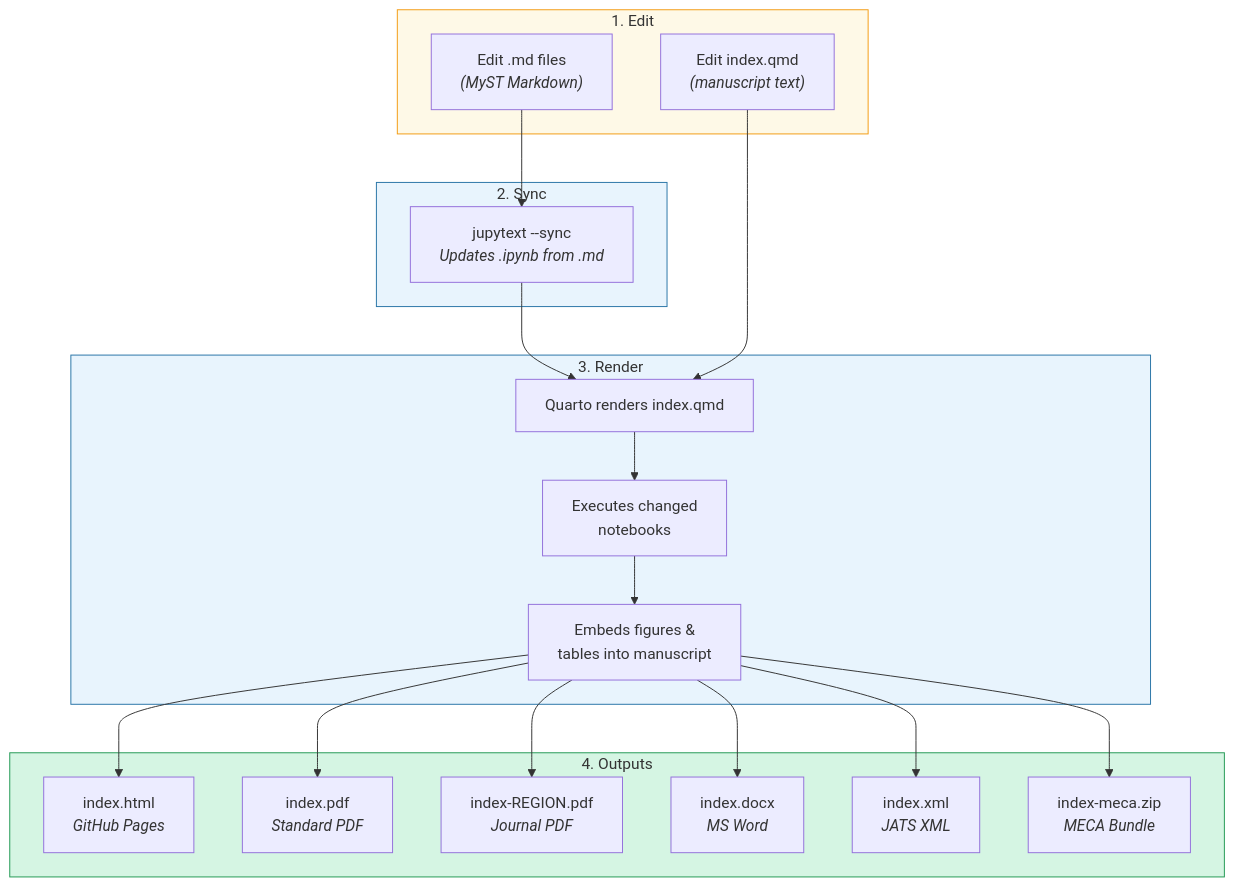
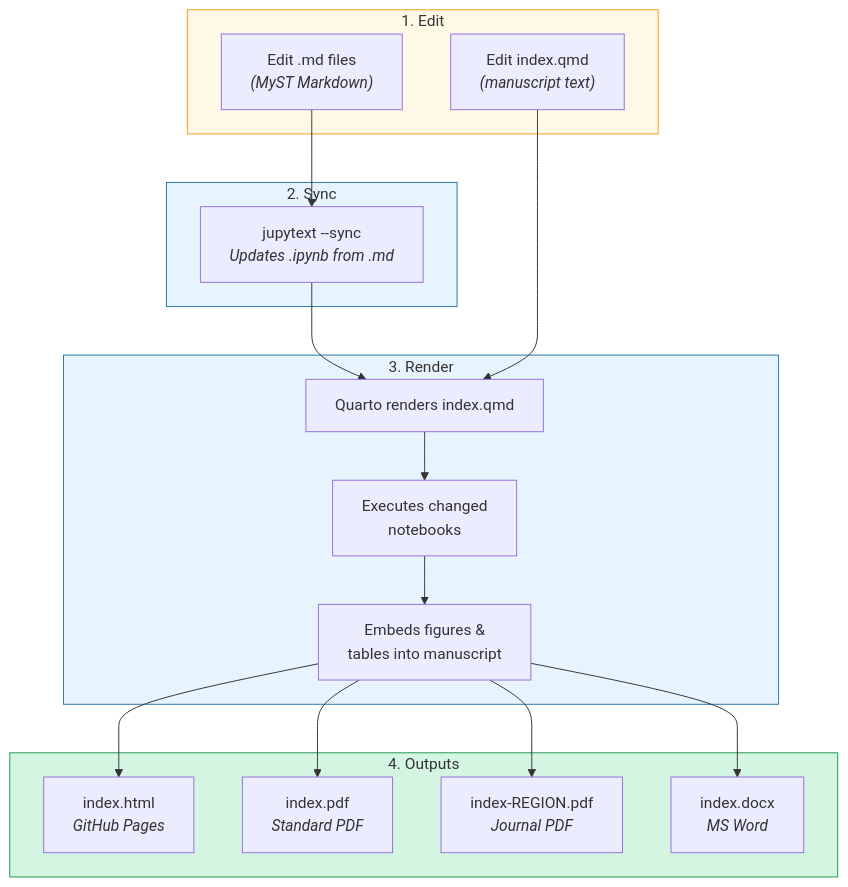
The second of 3 diagrams in README.md (quarcs-lab/project2025s), drawn with Mermaid before and after one commit. The commit also changed other lines of this file and 28 other files, not shown here.

First line of the commit message:
Simplify infrastructure, remove JATS/MECA, and fix embed source links

````diff
--- a/README.md
+++ b/README.md
@@ -181,35 +178,33 @@
 ```mermaid
 flowchart TB
     subgraph edit ["1. Edit"]
         A["Edit .md files<br/><i>(MyST Markdown)</i>"]
         B["Edit index.qmd<br/><i>(manuscript text)</i>"]
     end
 
     subgraph sync ["2. Sync"]
         C["jupytext --sync<br/><i>Updates .ipynb from .md</i>"]
     end
 
     subgraph render ["3. Render"]
         D["Quarto renders index.qmd"]
         D --> E["Executes changed<br/>notebooks"]
         E --> F["Embeds figures &<br/>tables into manuscript"]
     end
 
     subgraph outputs ["4. Outputs"]
         G["index.html<br/><i>GitHub Pages</i>"]
         H["index.pdf<br/><i>Standard PDF</i>"]
         I["index-REGION.pdf<br/><i>Journal PDF</i>"]
         J["index.docx<br/><i>MS Word</i>"]
-        K["index.xml<br/><i>JATS XML</i>"]
-        L["index-meca.zip<br/><i>MECA Bundle</i>"]
     end
 
     A --> C --> D
     B --> D
-    F --> G & H & I & J & K & L
+    F --> G & H & I & J
 
     style edit fill:#fef9e7,stroke:#f39c12
     style sync fill:#e8f4fd,stroke:#2874A6
     style render fill:#e8f4fd,stroke:#2874A6
     style outputs fill:#d5f5e3,stroke:#229954
 ```
````
